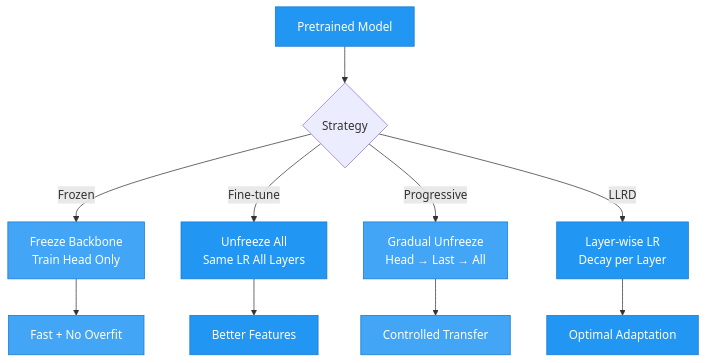
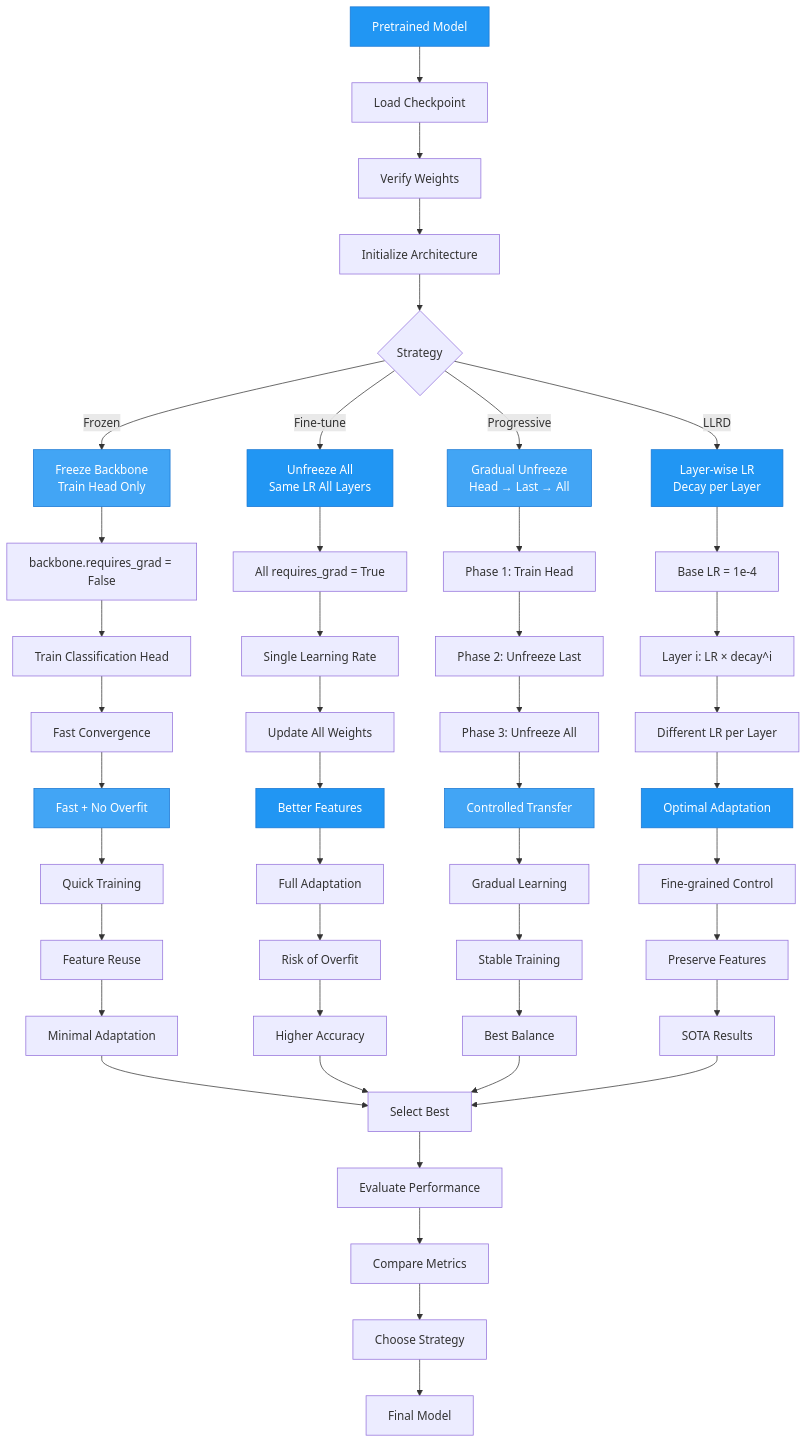
Before and after one commit to theja-vanka/AutoTimm: the diagram in docs/examples/integration/hf_transfer_learning.md, drawn with Mermaid. The commit also changed 48 other files, not shown here.

````diff
--- a/docs/examples/integration/hf_transfer_learning.md
+++ b/docs/examples/integration/hf_transfer_learning.md
@@ -7,24 +7,67 @@
 ```mermaid
 graph TD
-    A[Pretrained Model] --> B{Strategy}
+    A[Pretrained Model] --> A1[Load Checkpoint]
+    A1 --> A2[Verify Weights]
+    A2 --> A3[Initialize Architecture]
+    A3 --> B{Strategy}
 
     B -->|Frozen| C1[Freeze Backbone<br/>Train Head Only]
+    C1 --> C1a[backbone.requires_grad = False]
+    C1a --> C1b[Train Classification Head]
+    C1b --> C1c[Fast Convergence]
+    
     B -->|Fine-tune| C2[Unfreeze All<br/>Same LR All Layers]
+    C2 --> C2a[All requires_grad = True]
+    C2a --> C2b[Single Learning Rate]
+    C2b --> C2c[Update All Weights]
+    
     B -->|Progressive| C3[Gradual Unfreeze<br/>Head → Last → All]
+    C3 --> C3a[Phase 1: Train Head]
+    C3a --> C3b[Phase 2: Unfreeze Last]
+    C3b --> C3c[Phase 3: Unfreeze All]
+    
     B -->|LLRD| C4[Layer-wise LR<br/>Decay per Layer]
+    C4 --> C4a[Base LR = 1e-4]
+    C4a --> C4b[Layer i: LR × decay^i]
+    C4b --> C4c[Different LR per Layer]
 
-    C1 --> E1[Fast + No Overfit]
-    C2 --> E2[Better Features]
-    C3 --> E3[Controlled Transfer]
-    C4 --> E4[Optimal Adaptation]
+    C1c --> E1[Fast + No Overfit]
+    E1 --> E1a[Quick Training]
+    E1a --> E1b[Feature Reuse]
+    E1b --> E1c[Minimal Adaptation]
+    
+    C2c --> E2[Better Features]
+    E2 --> E2a[Full Adaptation]
+    E2a --> E2b[Risk of Overfit]
+    E2b --> E2c[Higher Accuracy]
+    
+    C3c --> E3[Controlled Transfer]
+    E3 --> E3a[Gradual Learning]
+    E3a --> E3b[Stable Training]
+    E3b --> E3c[Best Balance]
+    
+    C4c --> E4[Optimal Adaptation]
+    E4 --> E4a[Fine-grained Control]
+    E4a --> E4b[Preserve Features]
+    E4b --> E4c[SOTA Results]
+    
+    E1c --> F[Select Best]
+    E2c --> F
+    E3c --> F
+    E4c --> F
+    
+    F --> F1[Evaluate Performance]
+    F1 --> F2[Compare Metrics]
+    F2 --> F3[Choose Strategy]
+    F3 --> F4[Final Model]
 
     style A fill:#2196F3,stroke:#1976D2,color:#fff
     style C1 fill:#42A5F5,stroke:#1976D2,color:#fff
     style C2 fill:#2196F3,stroke:#1976D2,color:#fff
     style C3 fill:#42A5F5,stroke:#1976D2,color:#fff
     style C4 fill:#2196F3,stroke:#1976D2,color:#fff
     style E1 fill:#42A5F5,stroke:#1976D2,color:#fff
     style E2 fill:#2196F3,stroke:#1976D2,color:#fff
     style E3 fill:#42A5F5,stroke:#1976D2,color:#fff
     style E4 fill:#2196F3,stroke:#1976D2,color:#fff
 ```
````
